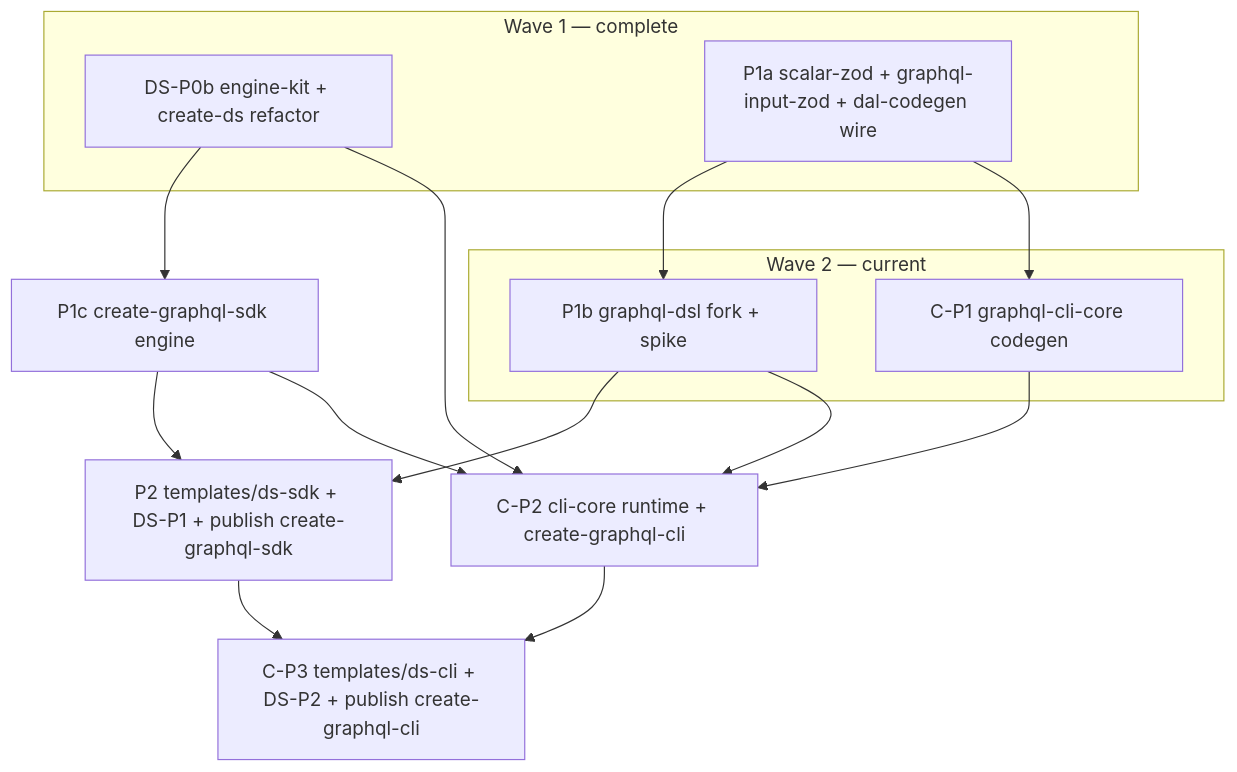
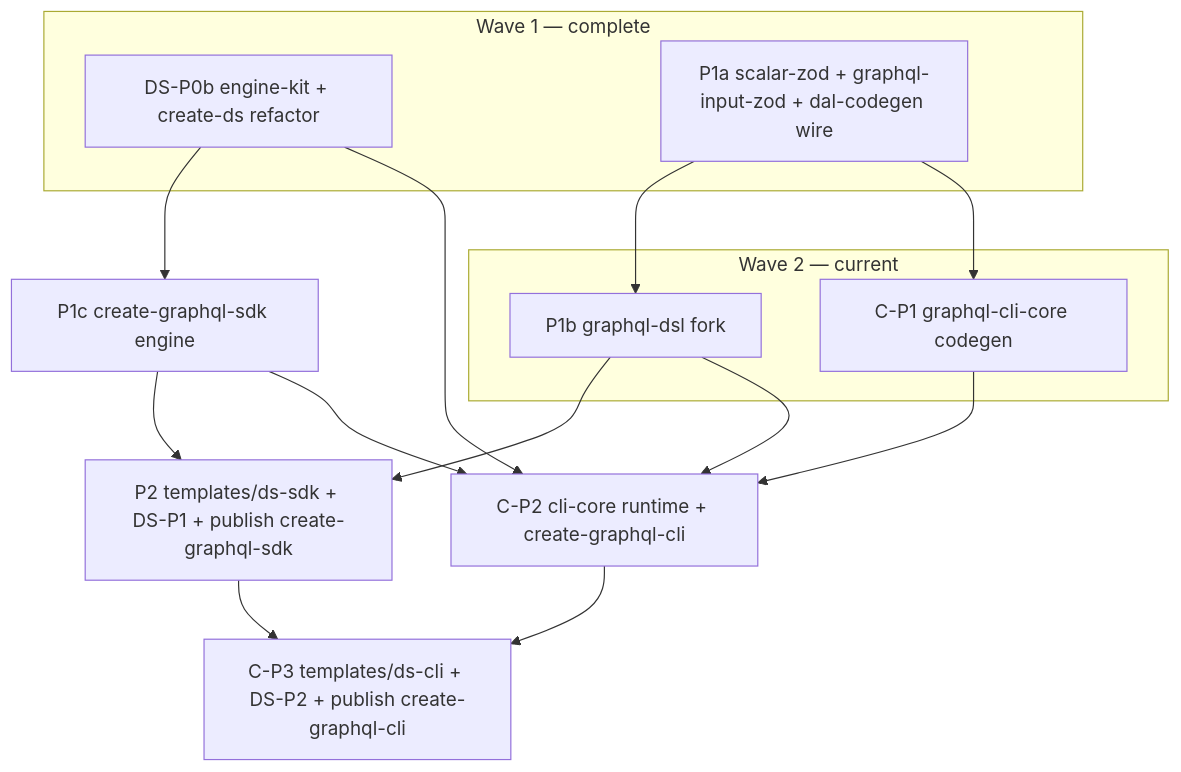
The diagram in docs/developer/16-generator-implementation-roadmap.md (CorpDK/coding-templates), drawn with Mermaid before and after one commit. The commit also changed other lines of this file and 47 other files, not shown here.

Commit message:
no-mistakes(document): Sync P1b graphql-dsl docs, lint

````diff
--- a/docs/developer/16-generator-implementation-roadmap.md
+++ b/docs/developer/16-generator-implementation-roadmap.md
@@ -28,26 +28,26 @@
 ```mermaid
 flowchart TB
   subgraph wave1 [Wave 1 — complete]
     DS-P0b[DS-P0b engine-kit + create-ds refactor]
     P1a[P1a scalar-zod + graphql-input-zod + dal-codegen wire]
   end
   subgraph wave2 [Wave 2 — current]
-    P1b[P1b graphql-dsl fork + spike]
+    P1b[P1b graphql-dsl fork]
     C-P1[C-P1 graphql-cli-core codegen]
   end
   P1c[P1c create-graphql-sdk engine]
   P2[P2 templates/ds-sdk + DS-P1 + publish create-graphql-sdk]
   C-P2[C-P2 cli-core runtime + create-graphql-cli]
   C-P3[C-P3 templates/ds-cli + DS-P2 + publish create-graphql-cli]
   DS-P0b --> P1c
   P1a --> P1b
   P1a --> C-P1
   P1b --> P2
   P1c --> P2
   P1b --> C-P2
   P1c --> C-P2
   DS-P0b --> C-P2
   C-P1 --> C-P2
   P2 --> C-P3
   C-P2 --> C-P3
 ```
````
